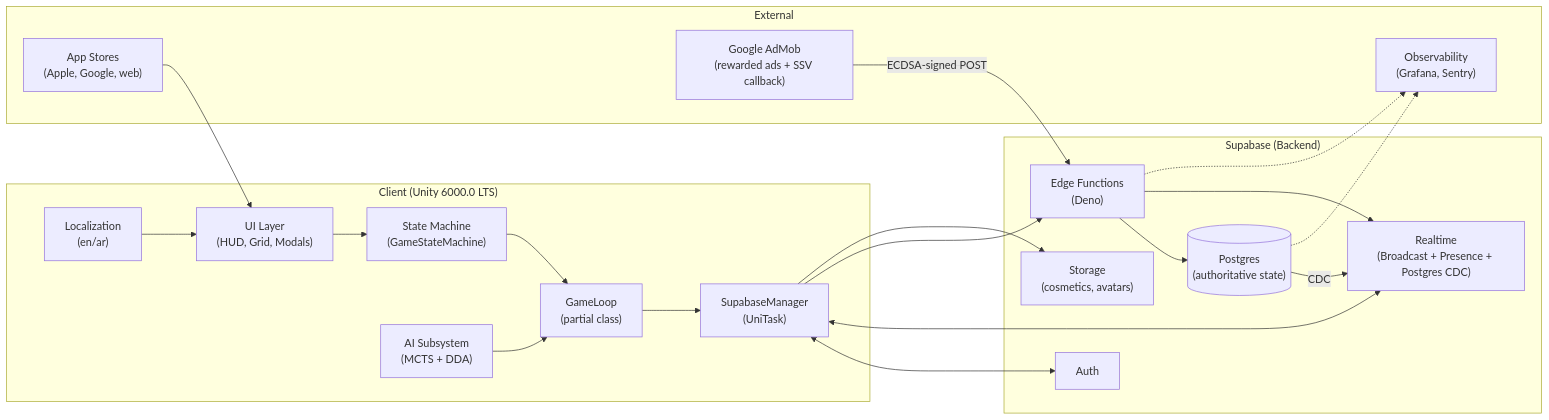
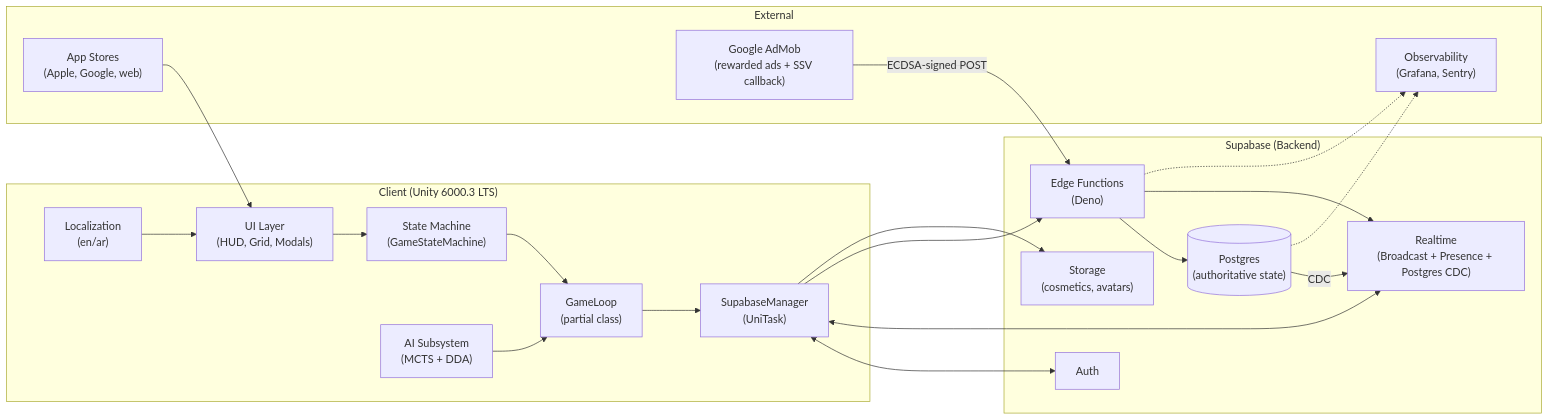
The first of 7 diagrams in docs/ARCHITECTURE.md (abdelrahmannagy1995/Skrew-unity), drawn with Mermaid before and after one commit. The commit also changed 5 other files, not shown here.

First line of the commit message:
Update pinned Unity LTS to 6000.3.14f1 (recommended LTS) across ProjectVersion.txt and all docs

````diff
--- a/docs/ARCHITECTURE.md
+++ b/docs/ARCHITECTURE.md
@@ -15,44 +15,44 @@
 ```mermaid
 flowchart LR
-    subgraph "Client (Unity 6000.0 LTS)"
+    subgraph "Client (Unity 6000.3 LTS)"
         UI["UI Layer<br/>(HUD, Grid, Modals)"]
         SM["State Machine<br/>(GameStateMachine)"]
         GL["GameLoop<br/>(partial class)"]
         AI["AI Subsystem<br/>(MCTS + DDA)"]
         L10N["Localization<br/>(en/ar)"]
         SUP["SupabaseManager<br/>(UniTask)"]
     end
 
     subgraph "Supabase (Backend)"
         AUTH["Auth"]
         PG[("Postgres<br/>(authoritative state)")]
         RT["Realtime<br/>(Broadcast + Presence + Postgres CDC)"]
         EF["Edge Functions<br/>(Deno)"]
         STO["Storage<br/>(cosmetics, avatars)"]
     end
 
     subgraph "External"
         ADM["Google AdMob<br/>(rewarded ads + SSV callback)"]
         STORE["App Stores<br/>(Apple, Google, web)"]
         OBS["Observability<br/>(Grafana, Sentry)"]
     end
 
     UI --> SM
     SM --> GL
     GL --> SUP
     AI --> GL
     L10N --> UI
 
     SUP <--> AUTH
     SUP <--> RT
     SUP --> EF
     EF --> PG
     PG -- "CDC" --> RT
     EF --> RT
     SUP --> STO
 
     ADM -- "ECDSA-signed POST" --> EF
     STORE --> UI
     EF -.-> OBS
     PG -.-> OBS
 ```
````
